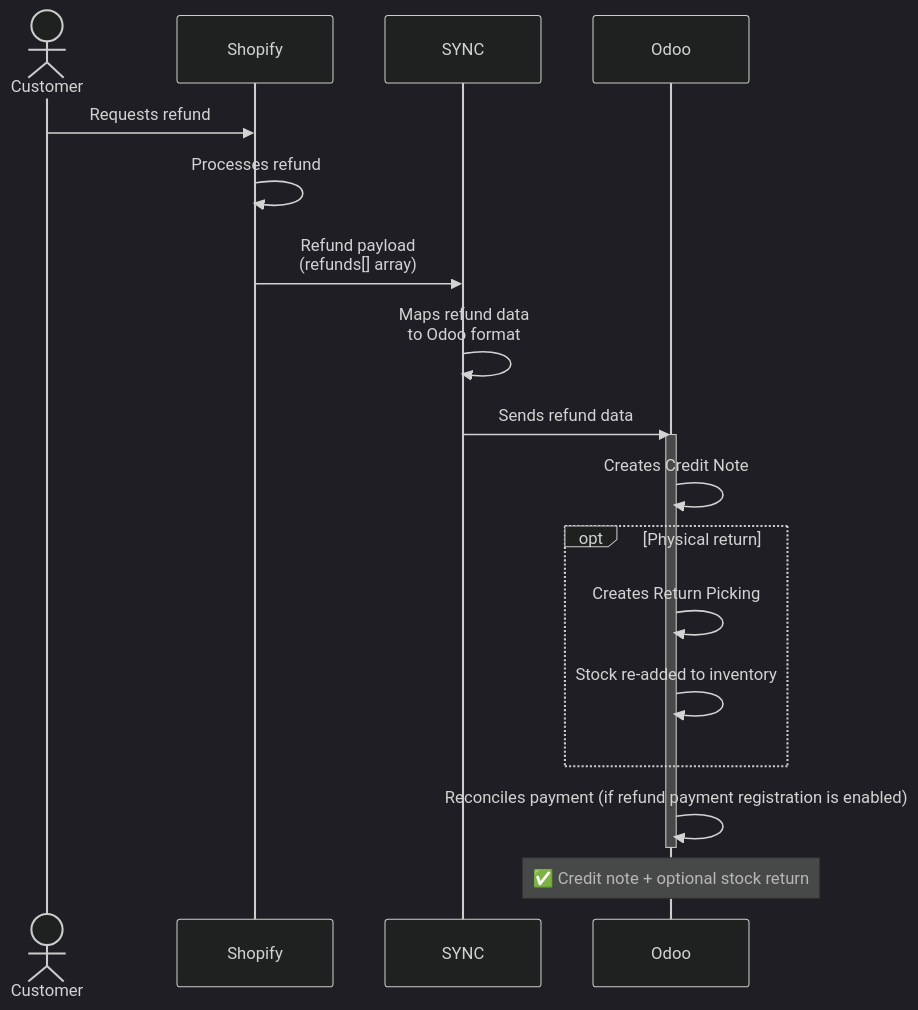
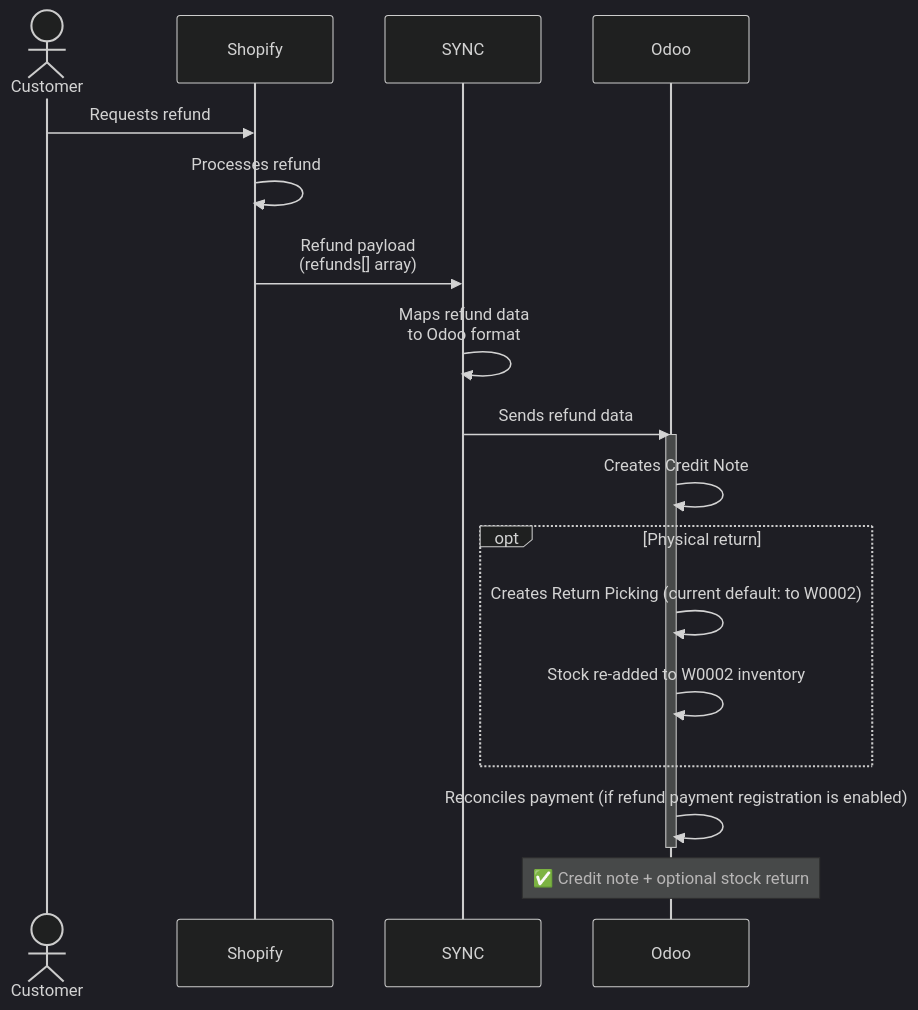
Diagram 12 of 16 in shopify-sync-odoo-scenarios.md (ozan-droid/documents), drawn with Mermaid (dark theme) before and after one commit. The commit also changed other lines of this file, not shown here.

````diff
--- a/shopify-sync-odoo-scenarios.md
+++ b/shopify-sync-odoo-scenarios.md
@@ -509,27 +527,27 @@
 ```mermaid
 sequenceDiagram
     actor Customer
     participant Shopify
     participant SYNC
     participant Odoo
 
     Customer->>Shopify: Requests refund
     Shopify->>Shopify: Processes refund
 
     Shopify->>SYNC: Refund payload<br/>(refunds[] array)
     SYNC->>SYNC: Maps refund data<br/>to Odoo format
     SYNC->>Odoo: Sends refund data
 
     activate Odoo
     Odoo->>Odoo: Creates Credit Note
     
     opt Physical return
-        Odoo->>Odoo: Creates Return Picking
-        Odoo->>Odoo: Stock re-added to inventory
+        Odoo->>Odoo: Creates Return Picking (current default: to W0002)
+        Odoo->>Odoo: Stock re-added to W0002 inventory
     end
 
     Odoo->>Odoo: Reconciles payment (if refund payment registration is enabled)
     deactivate Odoo
 
     Note over Odoo: ✅ Credit note + optional stock return
 ```
````
